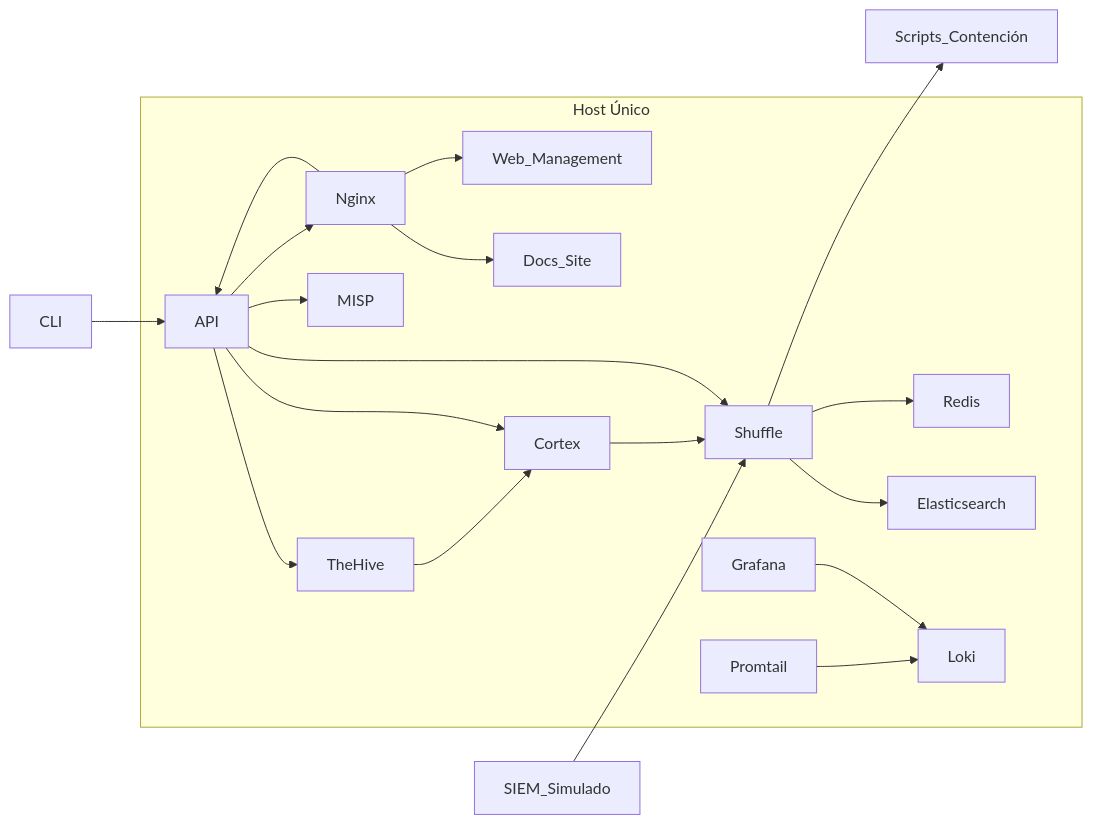
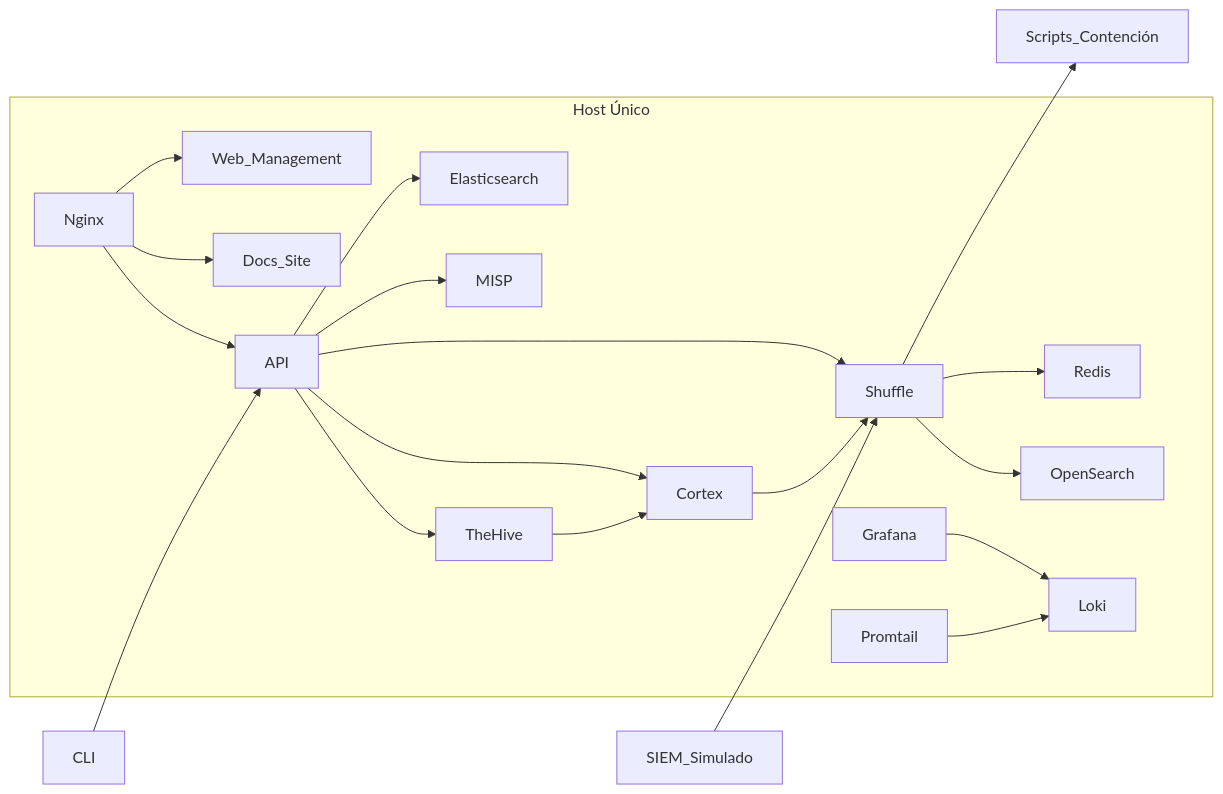
Before and after one commit to alesanfe/soar-ransomware-lab: the third of 8 diagrams in docs/06-project-management.md, drawn with Mermaid. The commit also changed other lines of this file and 1 other file, not shown here.

First line of the commit message:
docs: fix Mermaid diagrams, broken references, and outdated info in 06-project-management.md

````diff
--- a/docs/06-project-management.md
+++ b/docs/06-project-management.md
@@ -416,22 +416,22 @@
 ```mermaid
 graph LR
  subgraph Host Único
  TheHive --> Cortex
  Cortex --> Shuffle
- Shuffle --> Elasticsearch
+ Shuffle --> OpenSearch
  Shuffle --> Redis
  API --> TheHive
  API --> Cortex
  API --> Shuffle
  API --> MISP
- API -->
+ API --> Elasticsearch
  Nginx --> API
  Nginx --> Docs_Site
  Nginx --> Web_Management
  Grafana --> Loki
  Promtail --> Loki
  end
  SIEM_Simulado --> Shuffle
  Shuffle --> Scripts_Contención
  CLI --> API
 ```
````
